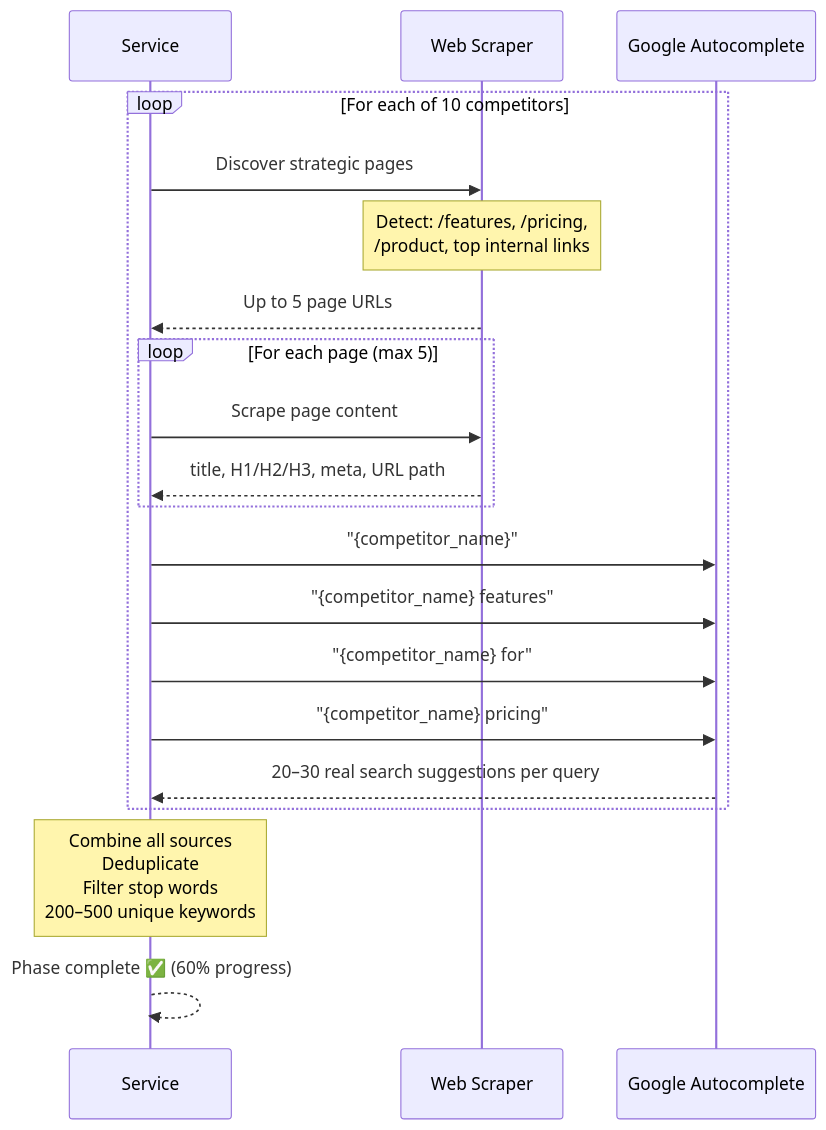
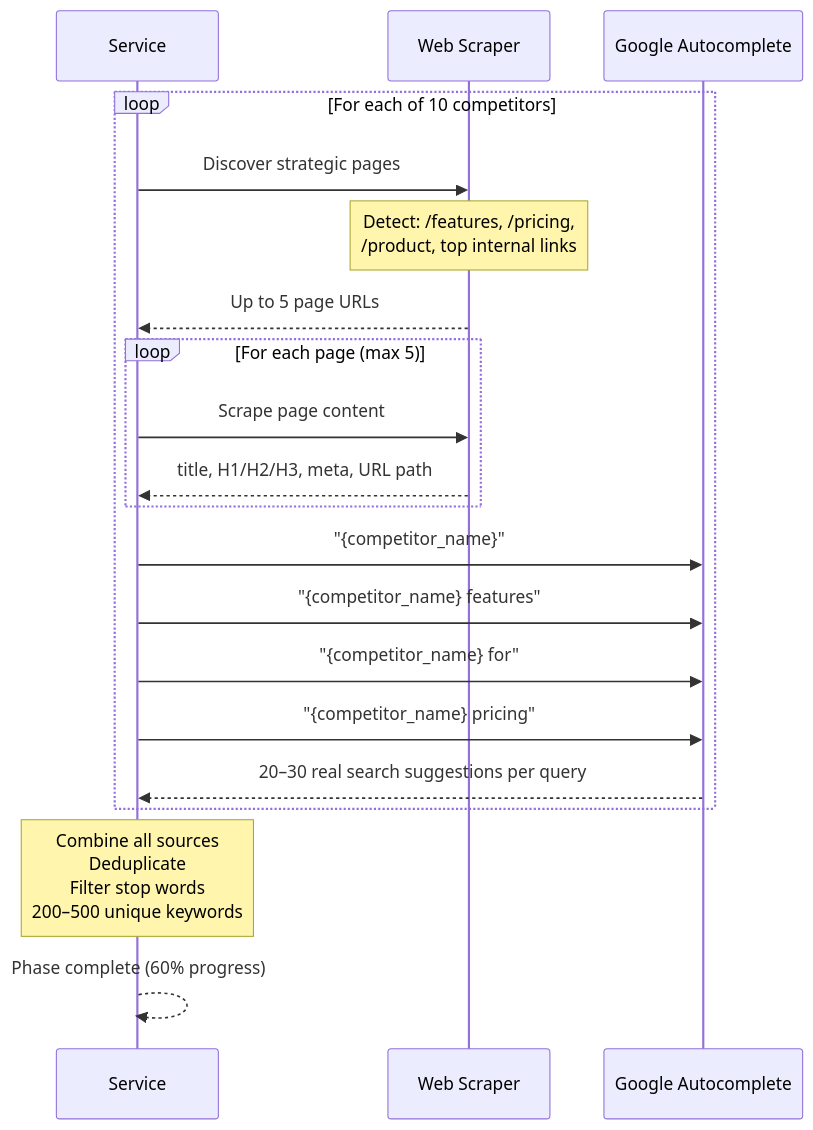
Before and after one commit to modlix-india/Adzump-AI: the sixth of 11 diagrams in docs/competitor_architecture.md, drawn with Mermaid. The commit also changed other lines of this file, not shown here.

Commit message:
docs: Update competitor architecture status, remove codebase readiness section, and adjust TOC for deferred phases.

````diff
--- a/docs/competitor_architecture.md
+++ b/docs/competitor_architecture.md
@@ -588,27 +534,27 @@
 ```mermaid
 sequenceDiagram
     participant S as Service
     participant WS as Web Scraper
     participant GAC as Google Autocomplete
 
     loop For each of 10 competitors
         S->>WS: Discover strategic pages
         Note over WS: Detect: /features, /pricing,<br/>/product, top internal links
         WS-->>S: Up to 5 page URLs
 
         loop For each page (max 5)
             S->>WS: Scrape page content
             WS-->>S: title, H1/H2/H3, meta, URL path
         end
 
         S->>GAC: "{competitor_name}"
         S->>GAC: "{competitor_name} features"
         S->>GAC: "{competitor_name} for"
         S->>GAC: "{competitor_name} pricing"
         GAC-->>S: 20–30 real search suggestions per query
     end
 
     Note over S: Combine all sources<br/>Deduplicate<br/>Filter stop words<br/>200–500 unique keywords
 
-    S-->>S: Phase complete ✅ (60% progress)
+    S-->>S: Phase complete  (60% progress)
 ```
````
